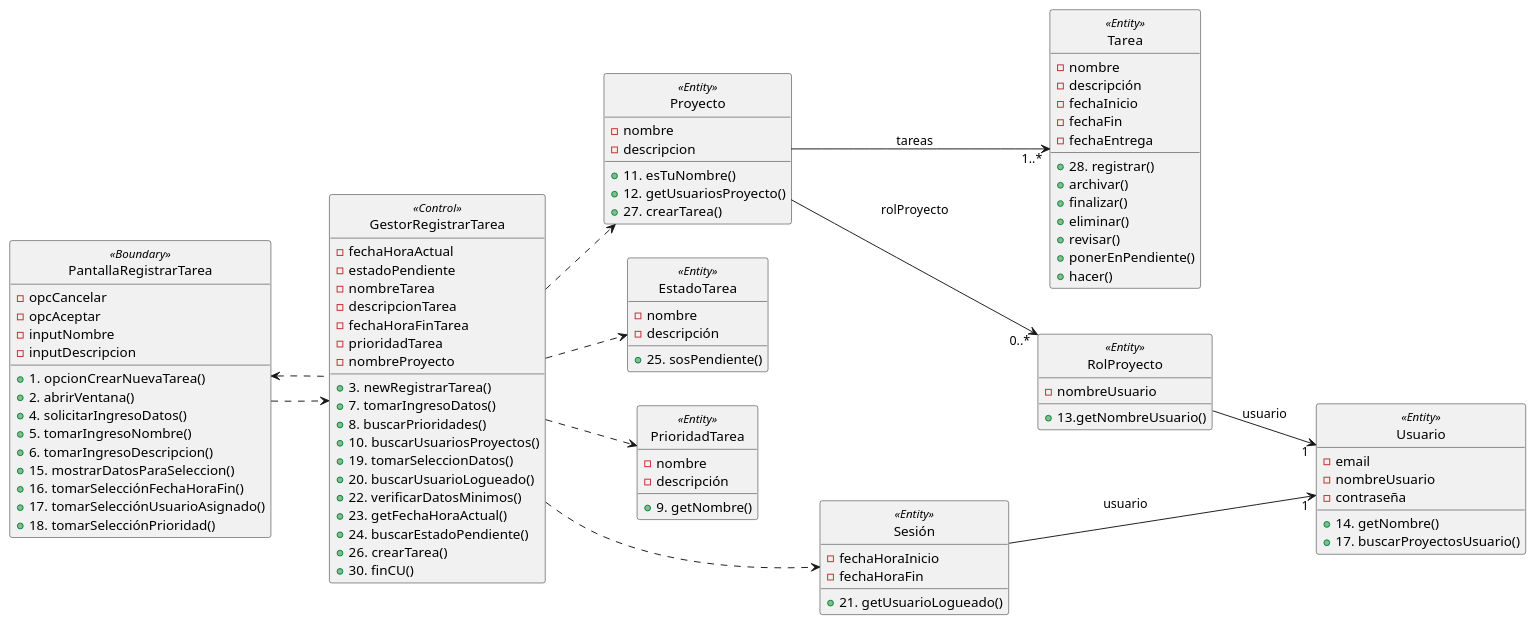
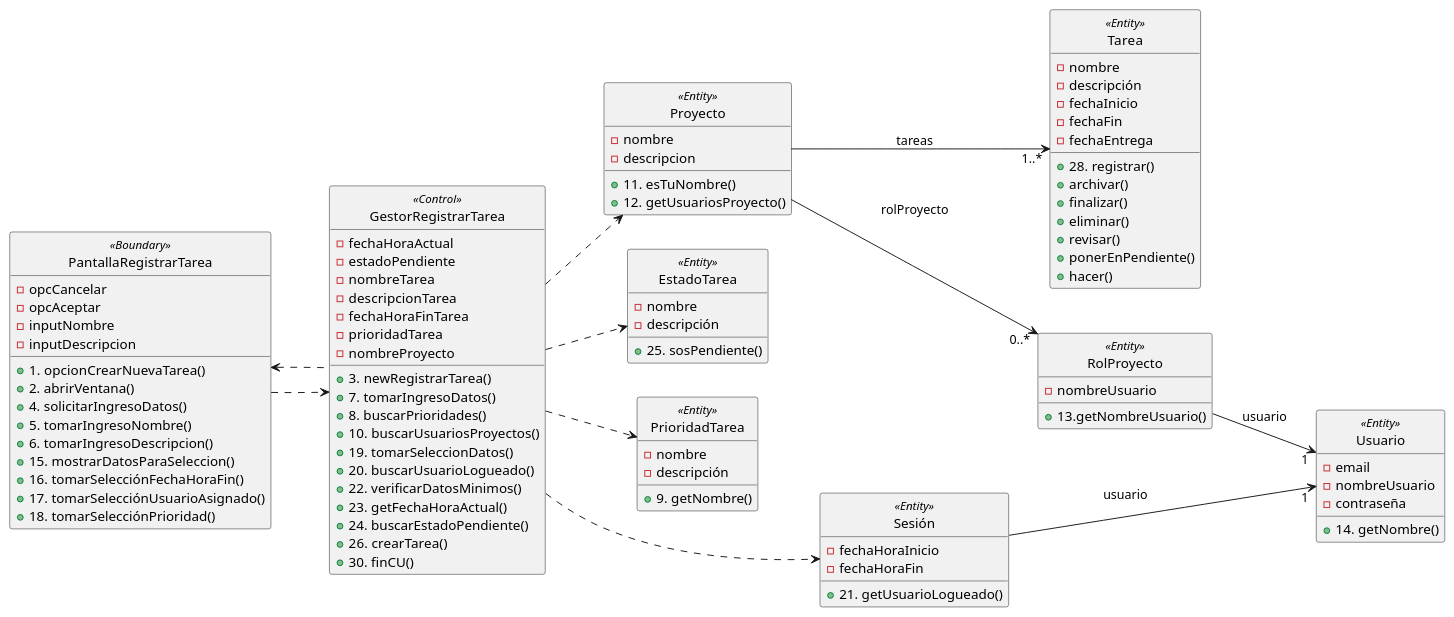
The second of 2 diagrams in Modelado/DiagramasCU01.plantuml (AlexMassietti/Task_Flow), drawn with PlantUML before and after one commit.

Commit message:
fix: Actualización de Diagrama de CU01

```diff
--- a/Modelado/DiagramasCU01.plantuml
+++ b/Modelado/DiagramasCU01.plantuml
@@ -68,107 +68,105 @@
 @startuml RealizaciónCu1VistaEstática
 left to right direction
 hide <<Entity>> circle
 hide <<Control>> circle
 hide <<Boundary>> circle
 class Usuario<<Entity>>{
     - email
     - nombreUsuario
     - contraseña
     + 14. getNombre()
-    + 17. buscarProyectosUsuario()
 }
 
 class Proyecto<<Entity>>{
     - nombre
     - descripcion
     + 11. esTuNombre()
     + 12. getUsuariosProyecto()
-    + 27. crearTarea()
 }
 
 class Tarea<<Entity>>{
     - nombre
     - descripción
     - fechaInicio
     - fechaFin
     - fechaEntrega
     + 28. registrar()
     + archivar()
     + finalizar()
     + eliminar()
     + revisar()
     + ponerEnPendiente()
     + hacer()
 }
 
 class RolProyecto<<Entity>>{
     - nombreUsuario
     + 13.getNombreUsuario()
 }
 class EstadoTarea<<Entity>>{
     - nombre
     - descripción
     + 25. sosPendiente()
 }
 
 class PrioridadTarea<<Entity>>{
     - nombre
     - descripción
     + 9. getNombre()
 }
 
 class GestorRegistrarTarea <<Control>> {
     - fechaHoraActual
     - estadoPendiente
     - nombreTarea
     - descripcionTarea
     - fechaHoraFinTarea
     - prioridadTarea
     - nombreProyecto
     + 3. newRegistrarTarea()
     + 7. tomarIngresoDatos()
     + 8. buscarPrioridades()
     + 10. buscarUsuariosProyectos()
     + 19. tomarSeleccionDatos()
     + 20. buscarUsuarioLogueado()
     + 22. verificarDatosMinimos()
     + 23. getFechaHoraActual()
     + 24. buscarEstadoPendiente()
     + 26. crearTarea()
     + 30. finCU()
 }
 
 class PantallaRegistrarTarea <<Boundary>> {
     - opcCancelar
     - opcAceptar
     - inputNombre
     - inputDescripcion
     + 1. opcionCrearNuevaTarea()
     + 2. abrirVentana()
     + 4. solicitarIngresoDatos()
     + 5. tomarIngresoNombre()
     + 6. tomarIngresoDescripcion()
     + 15. mostrarDatosParaSeleccion()
     + 16. tomarSelecciónFechaHoraFin()
     + 17. tomarSelecciónUsuarioAsignado()
     + 18. tomarSelecciónPrioridad()
 }
 
 class Sesión<<Entity>>{
     - fechaHoraInicio
     - fechaHoraFin
     + 21. getUsuarioLogueado()
 }
 
 PantallaRegistrarTarea ..> GestorRegistrarTarea
 PantallaRegistrarTarea <.. GestorRegistrarTarea
 GestorRegistrarTarea ..> PrioridadTarea
 GestorRegistrarTarea ..> Sesión
 GestorRegistrarTarea ..> EstadoTarea
 GestorRegistrarTarea ..> Proyecto
 Sesión --> "1" Usuario : usuario
 Proyecto --> "1..*" Tarea : tareas
 Proyecto -->"0..*" RolProyecto: rolProyecto
 RolProyecto -->"1" Usuario: usuario
 
 @enduml
```
